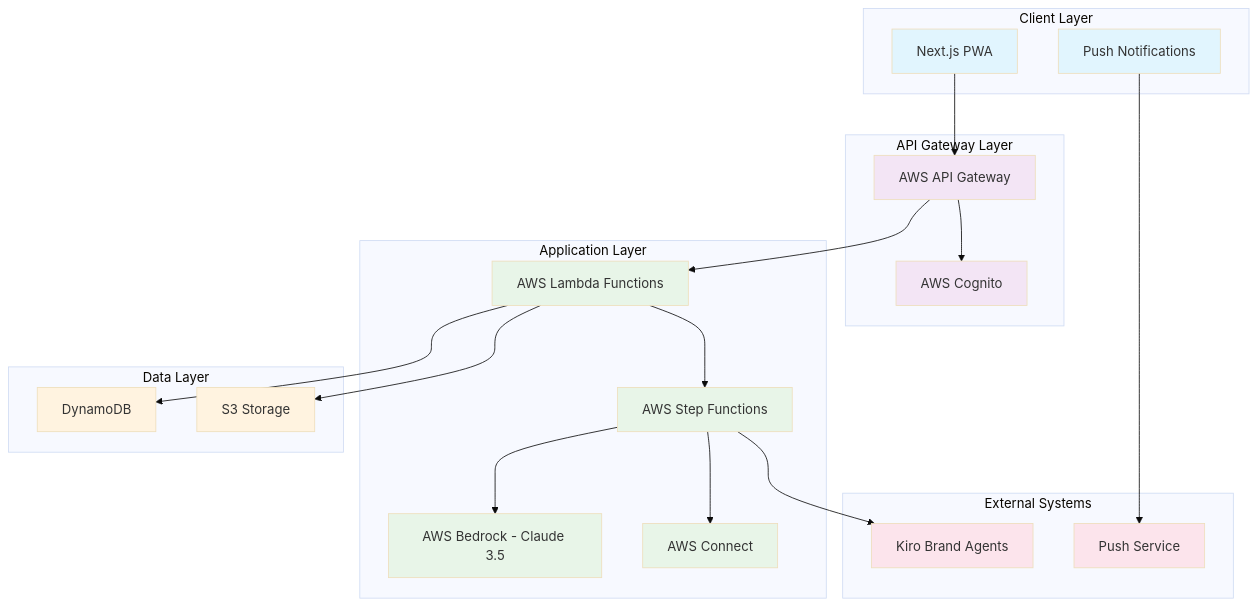
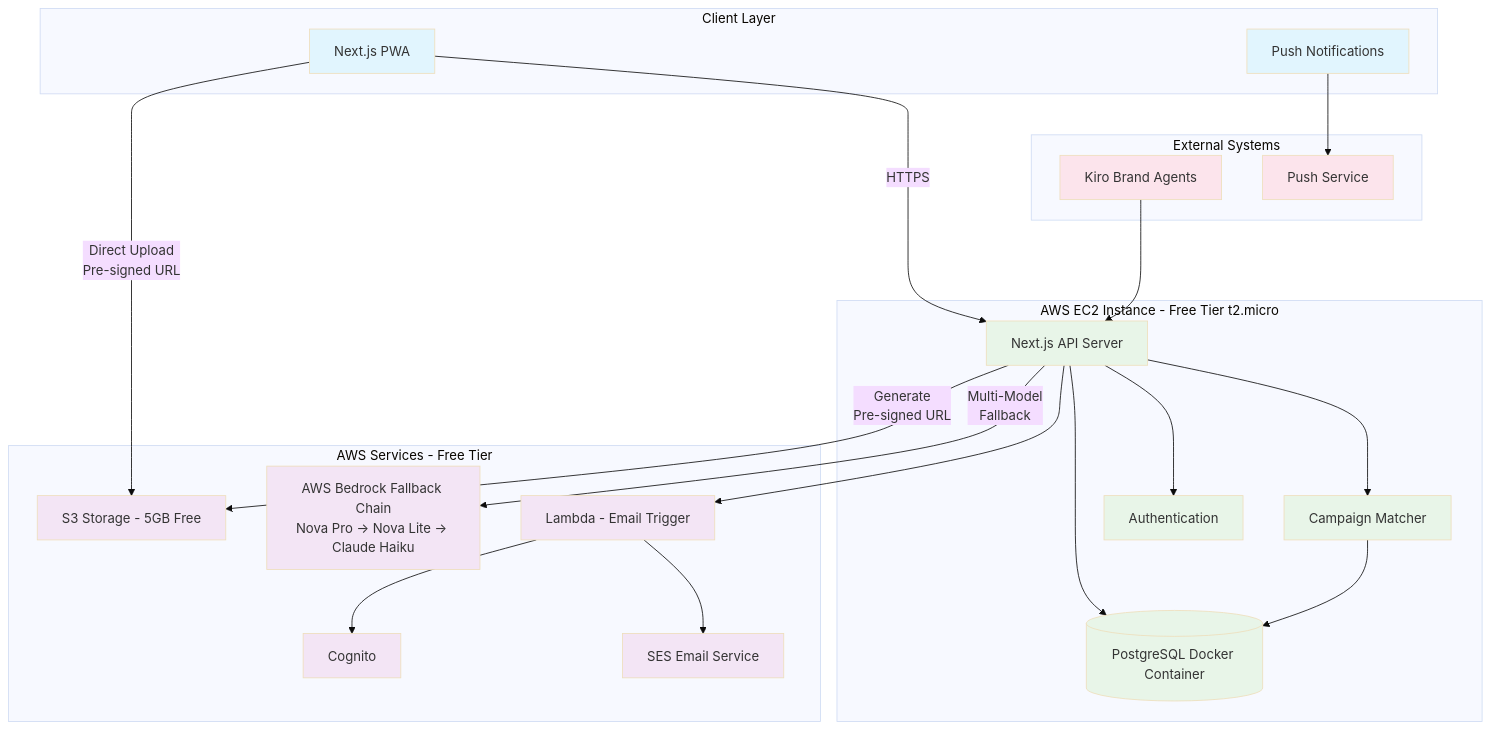
Before and after one commit to shubham-01-star/Shelf-Bidder: the first of 2 diagrams in .kiro/specs/shelf-bidder/design.md, drawn with Mermaid (base theme). The commit also changed other lines of this file and 105 other files, not shown here.

Commit message:
feat: implement comprehensive S3 lifecycle management, Postgres database operations, API routes, and documentation for core features including campaigns, authentication, storage, and wallet functionality.

````diff
--- a/.kiro/specs/shelf-bidder/design.md
+++ b/.kiro/specs/shelf-bidder/design.md
@@ -13,52 +13,51 @@
 ```mermaid
 graph TB
     subgraph "Client Layer"
         PWA[Next.js PWA]
         PN[Push Notifications]
     end
     
-    subgraph "API Gateway Layer"
-        API[AWS API Gateway]
-        AUTH[AWS Cognito]
+    subgraph "AWS EC2 Instance - Free Tier t2.micro"
+        API[Next.js API Server]
+        CM[Campaign Matcher]
+        AUTH[Authentication]
+        PG[(PostgreSQL Docker Container)]
     end
     
-    subgraph "Application Layer"
-        LAMBDA[AWS Lambda Functions]
-        SF[AWS Step Functions]
-        BEDROCK[AWS Bedrock - Claude 3.5]
-        CONNECT[AWS Connect]
-    end
-    
-    subgraph "Data Layer"
-        DDB[DynamoDB]
-        S3[S3 Storage]
+    subgraph "AWS Services - Free Tier"
+        S3[S3 Storage - 5GB Free]
+        BEDROCK[AWS Bedrock Fallback Chain<br/>Nova Pro → Nova Lite → Claude Haiku]
+        LAMBDA[Lambda - Email Trigger]
+        COGNITO[Cognito]
+        SES[SES Email Service]
     end
     
     subgraph "External Systems"
         KIRO[Kiro Brand Agents]
         PUSH[Push Service]
     end
     
-    PWA --> API
+    PWA -->|HTTPS| API
+    PWA -->|Direct Upload<br/>Pre-signed URL| S3
     API --> AUTH
+    API --> CM
+    API --> PG
+    API -->|Generate<br/>Pre-signed URL| S3
+    API -->|Multi-Model<br/>Fallback| BEDROCK
     API --> LAMBDA
-    LAMBDA --> SF
-    SF --> BEDROCK
-    SF --> CONNECT
-    SF --> KIRO
-    LAMBDA --> DDB
-    LAMBDA --> S3
+    LAMBDA --> COGNITO
+    LAMBDA --> SES
+    CM --> PG
     PN --> PUSH
+    KIRO --> API
     
     classDef client fill:#e1f5fe
-    classDef api fill:#f3e5f5
-    classDef app fill:#e8f5e8
-    classDef data fill:#fff3e0
+    classDef ec2 fill:#e8f5e8
+    classDef aws fill:#f3e5f5
     classDef external fill:#fce4ec
     
     class PWA,PN client
-    class API,AUTH api
-    class LAMBDA,SF,BEDROCK,CONNECT app
-    class DDB,S3 data
+    class API,CM,AUTH,PG ec2
+    class S3,BEDROCK,LAMBDA,COGNITO,SES aws
     class KIRO,PUSH external
 ```
````
